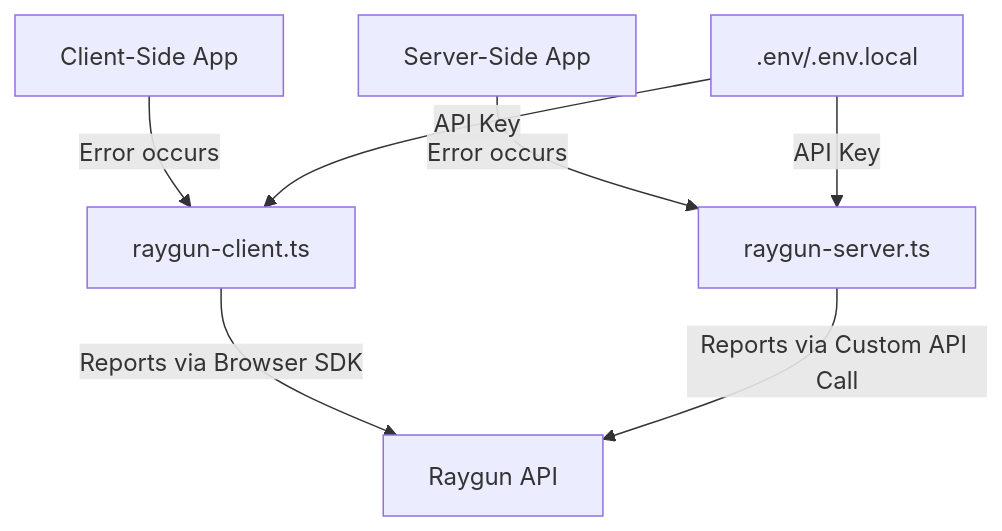
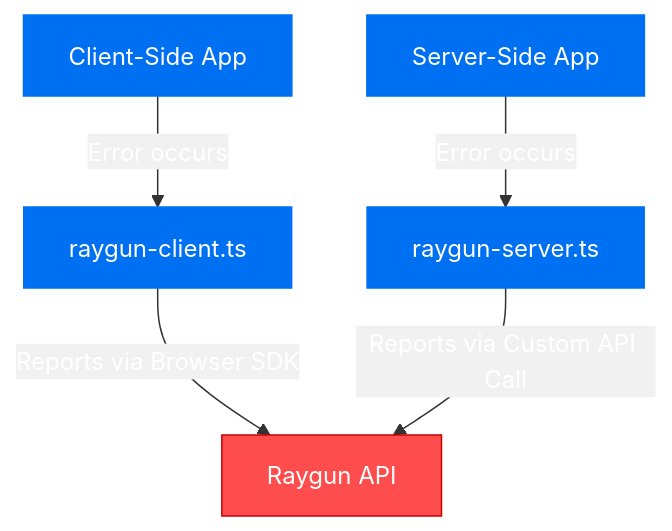
The diagram in README.md (Olwiba/bun-next-raygun-demo), drawn with Mermaid before and after one commit. The commit also changed other lines of this file, not shown here.

````diff
--- a/README.md
+++ b/README.md
@@ -15,11 +13,13 @@
 ```mermaid
+%%{init: {'theme': 'base', 'themeVariables': { 'primaryColor': '#0070f3', 'primaryTextColor': '#fff', 'primaryBorderColor': '#0070f3', 'lineColor': '#333', 'secondaryColor': '#f1f1f1', 'tertiaryColor': '#d1d1d1' }}}%%
 graph TD
     A[Client-Side App] -->|Error occurs| B[raygun-client.ts]
     B -->|Reports via Browser SDK| C[Raygun API]
 
     D[Server-Side App] -->|Error occurs| E[raygun-server.ts]
     E -->|Reports via Custom API Call| C
 
-    F[.env/.env.local] -->|API Key| B
-    F -->|API Key| E
+    style A fill:#0070f3,stroke:#0070f3,color:#fff
+    style D fill:#0070f3,stroke:#0070f3,color:#fff
+    style C fill:#ff4c4c,stroke:#cc0000,color:#fff
 ```
````
